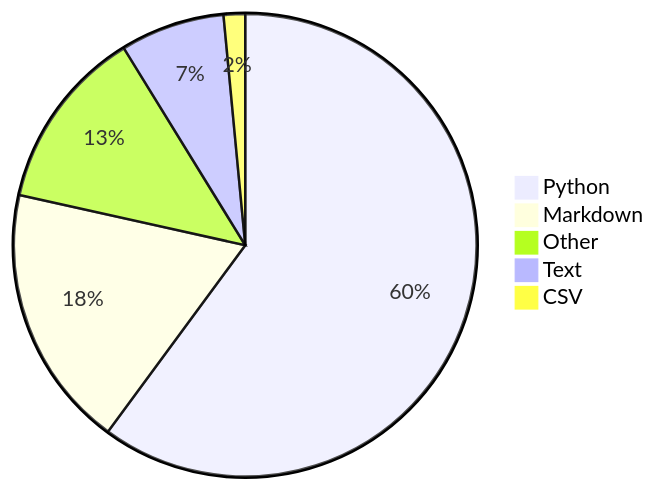
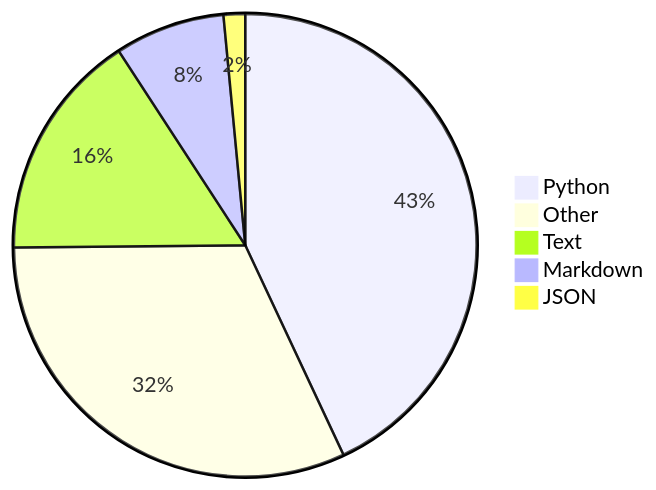
One commit to Alicia111/alicia111 changed the diagram in README.md. Above: the diagram before and after it, drawn with Mermaid.

Commit message:
Update WakaTime stats (・ω・)b

````diff
--- a/README.md
+++ b/README.md
@@ -32,8 +32,8 @@
 ```mermaid
 pie
-    "Python" : 59.24
-    "Markdown" : 18.12
-    "Other" : 12.54
-    "Text" : 7.18
-    "CSV" : 1.48
+    "Python" : 42.57
+    "Other" : 31.49
+    "Text" : 15.79
+    "Markdown" : 7.6
+    "JSON" : 1.49
 ```
````
